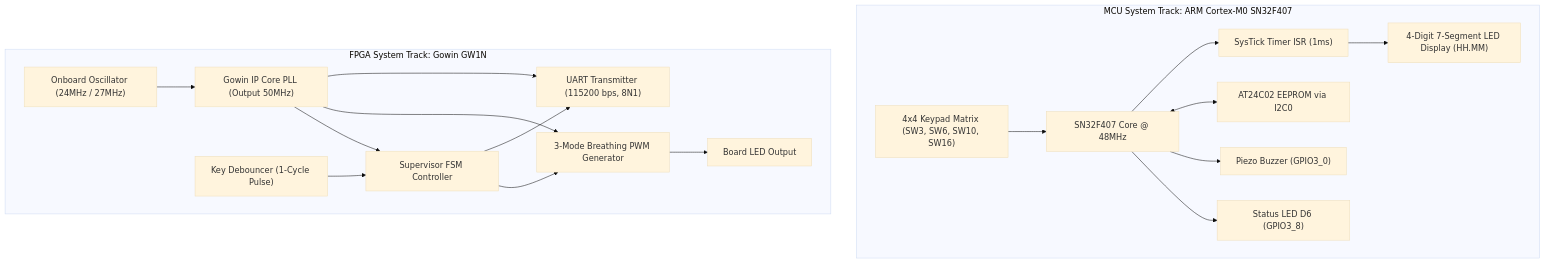
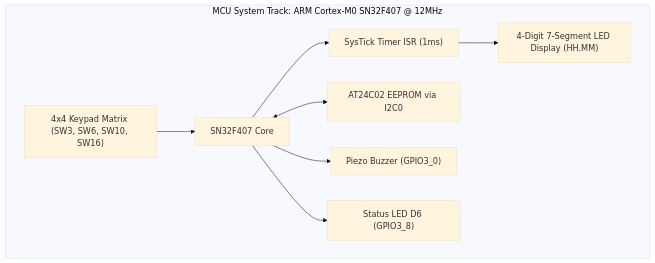
One commit to zok213/porygon changed the first of 2 diagrams in README.md. Above: the diagram before and after it, drawn with Mermaid (base theme). The commit also changed other lines of this file and 32 other files, not shown here.

````diff
--- a/README.md
+++ b/README.md
@@ -108,38 +55,19 @@
 ```mermaid
 graph TD
-    subgraph MCU_System ["MCU System Track: ARM Cortex-M0 SN32F407"]
-        MCU_Core["SN32F407 Core @ 48MHz"]
+    subgraph MCU_System ["MCU System Track: ARM Cortex-M0 SN32F407 @ 12MHz"]
+        MCU_Core["SN32F407 Core"]
         SysTick["SysTick Timer ISR (1ms)"]
         KeyMatrix["4x4 Keypad Matrix (SW3, SW6, SW10, SW16)"]
         Display7Seg["4-Digit 7-Segment LED Display (HH.MM)"]
         EEPROM_I2C["AT24C02 EEPROM via I2C0"]
         Buzzer["Piezo Buzzer (GPIO3_0)"]
         LED_D6["Status LED D6 (GPIO3_8)"]
 
         MCU_Core --> SysTick
         SysTick --> Display7Seg
         KeyMatrix --> MCU_Core
         MCU_Core <--> EEPROM_I2C
         MCU_Core --> Buzzer
         MCU_Core --> LED_D6
     end
-
-    subgraph FPGA_System ["FPGA System Track: Gowin GW1N"]
-        FPGA_Clock["Onboard Oscillator (24MHz / 27MHz)"]
-        PLL_Module["Gowin IP Core PLL (Output 50MHz)"]
-        Debounce_Mod["Key Debouncer (1-Cycle Pulse)"]
-        FSM_Control["Supervisor FSM Controller"]
-        PWM_Mod["3-Mode Breathing PWM Generator"]
-        UART_TX["UART Transmitter (115200 bps, 8N1)"]
-        LED_Output["Board LED Output"]
-
-        FPGA_Clock --> PLL_Module
-        PLL_Module --> FSM_Control
-        PLL_Module --> PWM_Mod
-        PLL_Module --> UART_TX
-        Debounce_Mod --> FSM_Control
-        FSM_Control --> PWM_Mod
-        FSM_Control --> UART_TX
-        PWM_Mod --> LED_Output
-    end
 ```
````
